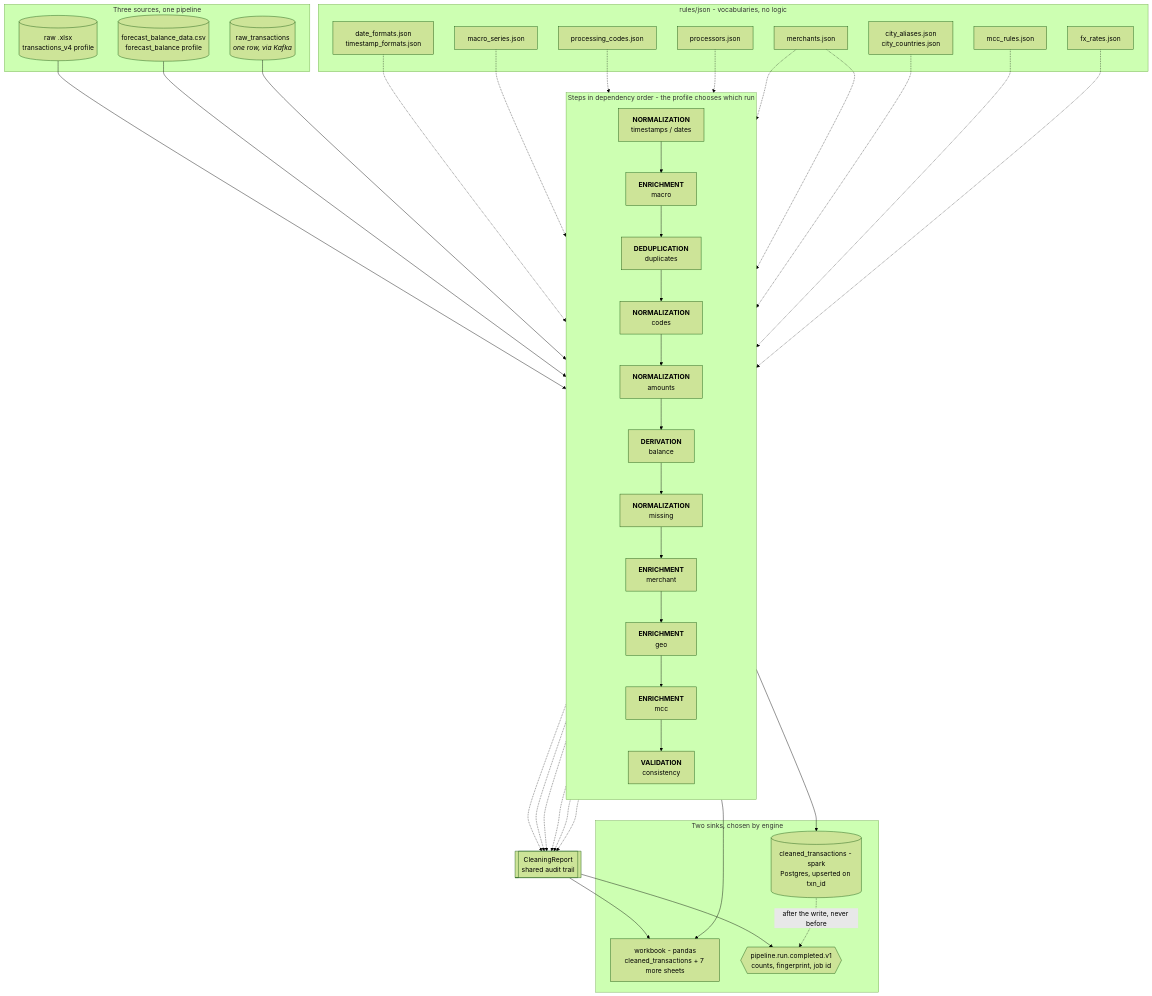
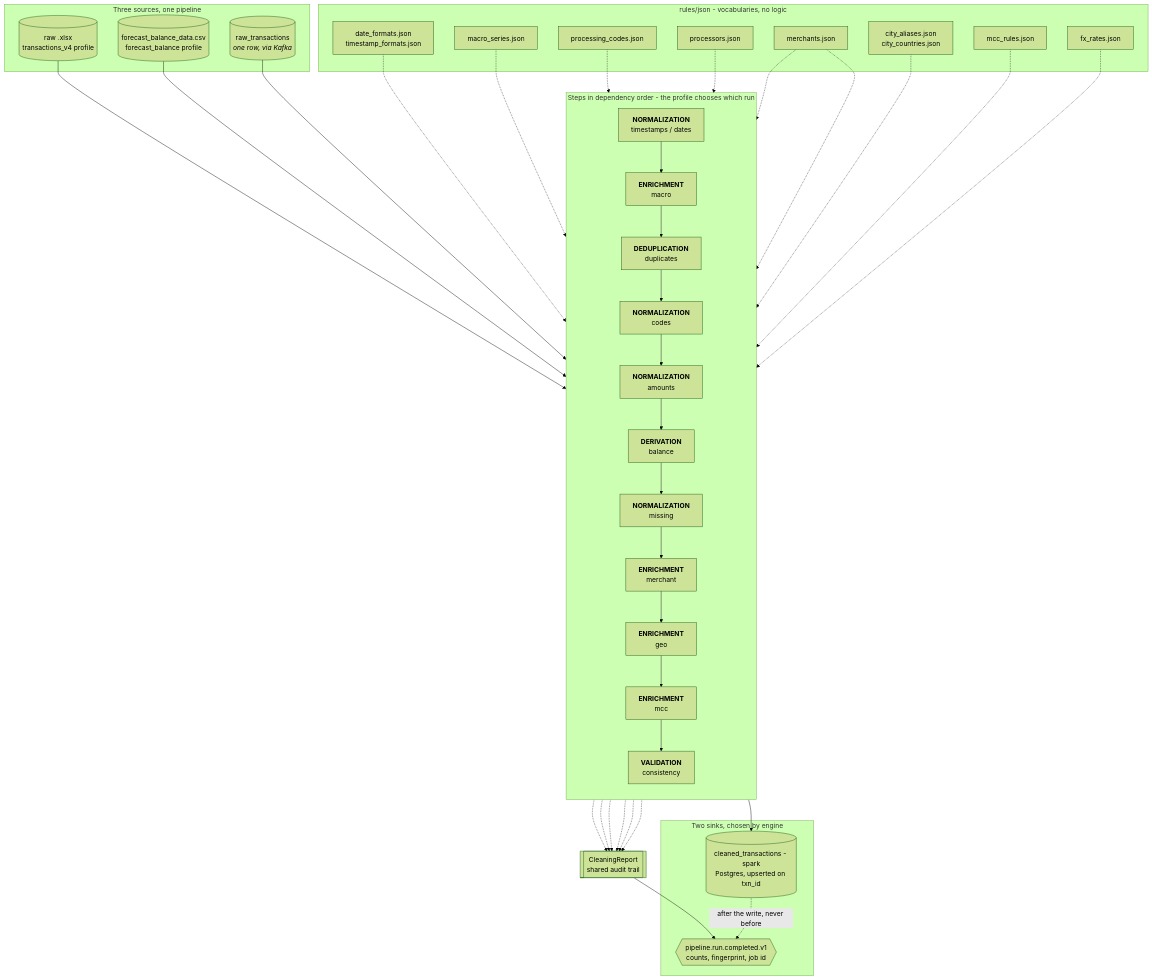
Before and after one commit to jam-makh/clean_data_task: the second of 2 diagrams in README.md, drawn with Mermaid (forest theme). The commit also changed other lines of this file and 109 other files, not shown here.

````diff
--- a/README.md
+++ b/README.md
@@ -384,70 +428,67 @@
 ```mermaid
 flowchart TD
     subgraph input["Three sources, one pipeline"]
         RAW[("raw .xlsx<br/>transactions_v4 profile")]
         CSV[("forecast_balance_data.csv<br/>forecast_balance profile")]
         RAWT[("raw_transactions<br/><i>one row, via Kafka</i>")]
     end
 
     subgraph rules["rules/json - vocabularies, no logic"]
         R2["date_formats.json<br/>timestamp_formats.json"]
         R3["processing_codes.json"]
         R1["processors.json"]
         R6["merchants.json"]
         R4["city_aliases.json<br/>city_countries.json"]
         R5["mcc_rules.json"]
         R8["fx_rates.json"]
         R9["macro_series.json"]
     end
 
     subgraph pipe["Steps in dependency order - the profile chooses which run"]
         direction TB
         S1["<b>NORMALIZATION</b><br/>timestamps / dates"]
         S2["<b>ENRICHMENT</b><br/>macro"]
         S3["<b>DEDUPLICATION</b><br/>duplicates"]
         S4["<b>NORMALIZATION</b><br/>codes"]
         S5["<b>NORMALIZATION</b><br/>amounts"]
         S6["<b>DERIVATION</b><br/>balance"]
         S7["<b>NORMALIZATION</b><br/>missing"]
         S8["<b>ENRICHMENT</b><br/>merchant"]
         S9["<b>ENRICHMENT</b><br/>geo"]
         S10["<b>ENRICHMENT</b><br/>mcc"]
         S11["<b>VALIDATION</b><br/>consistency"]
     end
 
     REP[["CleaningReport<br/>shared audit trail"]]
 
     subgraph output["Two sinks, chosen by engine"]
-        O2["workbook - pandas<br/>cleaned_transactions + 7 more sheets"]
         DB[("cleaned_transactions - spark<br/>Postgres, upserted on txn_id")]
         EV{{"pipeline.run.completed.v1<br/>counts, fingerprint, job id"}}
     end
 
     RAW --> S1
     CSV --> S1
     RAWT --> S1
     S1 --> S2 --> S3 --> S4 --> S5 --> S6 --> S7 --> S8 --> S9 --> S10 --> S11
 
     R2 -.-> S1
     R9 -.-> S2
     R3 -.-> S4
     R1 -.-> S8
     R6 -.-> S8
     R6 -.-> S10
     R4 -.-> S9
     R5 -.-> S10
     R8 -.-> S11
 
     S1 -.-> REP
     S5 -.-> REP
     S6 -.-> REP
     S8 -.-> REP
     S10 -.-> REP
     S11 -.-> REP
 
-    S11 --> O2
     S11 --> DB
-    REP --> O2
     REP --> EV
     DB -.->|"after the write, never before"| EV
 ```
````
